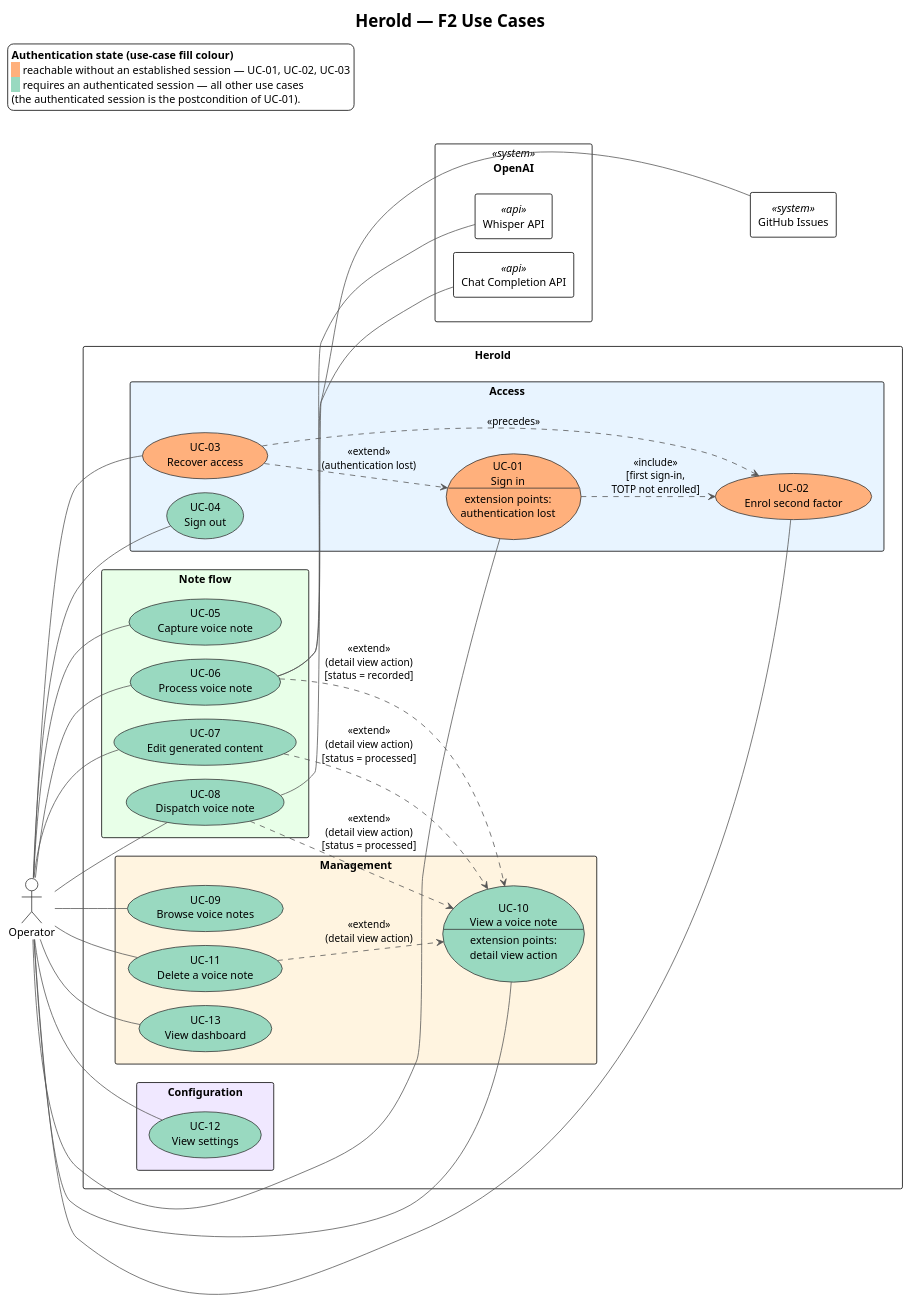
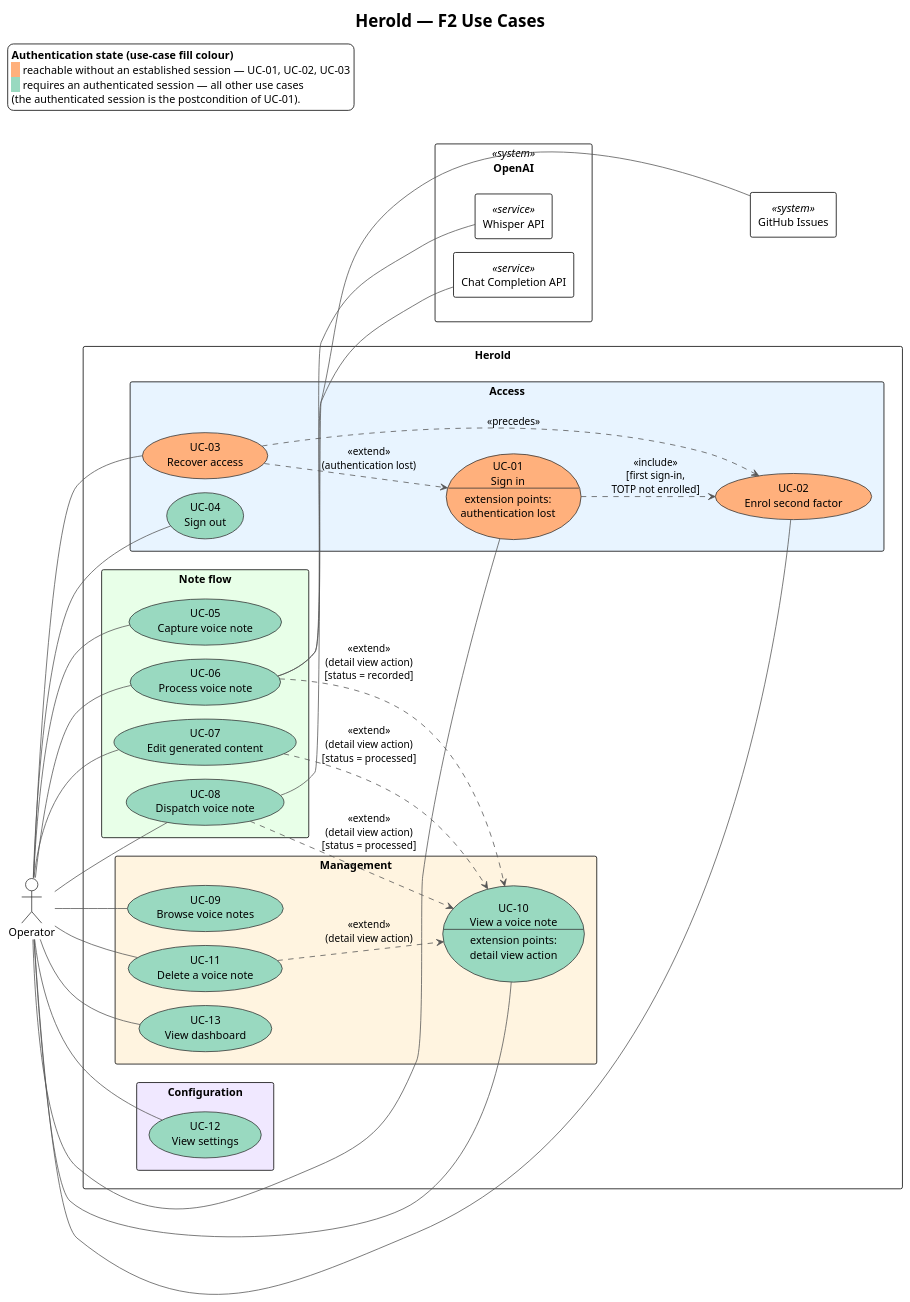
Before and after one commit to carstenlucke/herold: the diagram in docs/spec/diagrams/f2-use-cases.plantuml, drawn with PlantUML. The commit also changed 11 other files, not shown here.

```diff
--- a/docs/spec/diagrams/f2-use-cases.plantuml
+++ b/docs/spec/diagrams/f2-use-cases.plantuml
@@ -1,119 +1,119 @@
 @startuml f2-use-cases
 !theme plain
 left to right direction
 skinparam packageStyle rectangle
 skinparam shadowing false
 skinparam ArrowColor #555555
 skinparam UsecaseBorderColor #333333
 skinparam UsecaseBackgroundColor #F5F5F5
 skinparam ActorBorderColor #333333
 skinparam nodesep 18
 skinparam ranksep 40
 
 title Herold — F2 Use Cases
 
 ' Primary actor on the left.
 actor "Operator" as OP
 
 rectangle "Herold" as HEROLD {
 
   ' Per-use-case fill colour encodes the authentication state:
   '   #FFB07C — reachable without an established session (UC-01..UC-03)
   '   #99D9C0 — requires an authenticated session (UC-04..UC-13)
   ' Package backgrounds keep encoding the F2 grouping.
 
   package "Access" as ACCESS #E8F4FF {
     usecase "UC-01\nSign in\n--\nextension points:\nauthentication lost" as UC01 #FFB07C
     usecase "UC-02\nEnrol second factor"                                    as UC02 #FFB07C
     usecase "UC-03\nRecover access"                                         as UC03 #FFB07C
     usecase "UC-04\nSign out"                                               as UC04 #99D9C0
   }
 
   package "Note flow" as NOTEFLOW #E8FFE8 {
     usecase "UC-05\nCapture voice note"        as UC05 #99D9C0
     usecase "UC-06\nProcess voice note"        as UC06 #99D9C0
     usecase "UC-07\nEdit generated content"    as UC07 #99D9C0
     usecase "UC-08\nDispatch voice note"       as UC08 #99D9C0
   }
 
   package "Management" as MGMT #FFF4E0 {
     usecase "UC-09\nBrowse voice notes"                                            as UC09 #99D9C0
     usecase "UC-10\nView a voice note\n--\nextension points:\ndetail view action" as UC10 #99D9C0
     usecase "UC-11\nDelete a voice note"                                           as UC11 #99D9C0
     usecase "UC-13\nView dashboard"                                                as UC13 #99D9C0
   }
 
   package "Configuration" as CONFIG #F0E8FF {
     usecase "UC-12\nView settings" as UC12 #99D9C0
   }
 }
 
 ' Supporting external systems on the right, grouped near the use cases
 ' they back. Modelled as «system» nodes (not actors) — they are
 ' non-human participants Herold delegates to. OpenAI is one system
-' exposing two API endpoints used by Herold.
+' offering two services used by Herold.
 rectangle "OpenAI" <<system>> as OPENAI {
-  rectangle "Whisper API"         <<api>> as WHISPER
-  rectangle "Chat Completion API" <<api>> as CHAT
+  rectangle "Whisper API"         <<service>> as WHISPER
+  rectangle "Chat Completion API" <<service>> as CHAT
 }
 rectangle "GitHub Issues" <<system>> as GH
 
 ' Primary actor — one association per use case.
 OP -- UC01
 OP -- UC02
 OP -- UC03
 OP -- UC04
 OP -- UC05
 OP -- UC06
 OP -- UC07
 OP -- UC08
 OP -- UC09
 OP -- UC10
 OP -- UC11
 OP -- UC12
 OP -- UC13
 
 ' Supporting external systems.
 UC06 -- WHISPER
 UC06 -- CHAT
 UC08 -- GH
 
 ' Use-case relationships extracted from F2.
 ' UC-10 is the detail-view hub; from its `detail view action` extension
 ' point the operator may optionally trigger one of the note-flow actions.
 ' Each extension is guarded by the note status it requires (UC-11 is
 ' reachable in any status, so it carries no guard).
 UC06 ..> UC10 : <<extend>>\n(detail view action)\n[status = recorded]
 UC07 ..> UC10 : <<extend>>\n(detail view action)\n[status = processed]
 UC08 ..> UC10 : <<extend>>\n(detail view action)\n[status = processed]
 UC11 ..> UC10 : <<extend>>\n(detail view action)
 
 ' Recovery is the pivot when UC-01 cannot succeed (UC-01 exception).
 UC03 ..> UC01 : <<extend>>\n(authentication lost)
 
 ' Enrolment runs inline inside UC-01 on the first sign-in (UC-01 main
 ' scenario step 4) and is required again after a recovery (UC-03
 ' postcondition).
 UC01 ..> UC02 : <<include>>\n[first sign-in,\nTOTP not enrolled]
 UC03 ..> UC02 : <<precedes>>
 
 ' Layout hint: stack OpenAI above GitHub Issues so the two external
 ' systems form a single column on the right edge of the diagram.
 ' Everything else is left to Graphviz — the section ordering inside
 ' Herold falls out naturally from the include/extend edges into UC-10.
 OPENAI -[hidden]down- GH
 
 ' System-wide precondition (cheaper than drawing 9 <<precedes>> edges
 ' from UC-01 into the Note flow, Management and Configuration sections).
 ' Rendered as a positioned legend so it lands in the empty top-left
 ' corner of the canvas, next to the OpenAI/GitHub Issues column, rather
 ' than as a `note ... of HEROLD` whose connector line would wrap around
 ' the diagram.
 legend top left
   **Authentication state (use-case fill colour)**
   <back:#FFB07C>   </back> reachable without an established session — UC-01, UC-02, UC-03
   <back:#99D9C0>   </back> requires an authenticated session — all other use cases
   (the authenticated session is the postcondition of UC-01).
 end legend
 
 @enduml
```
